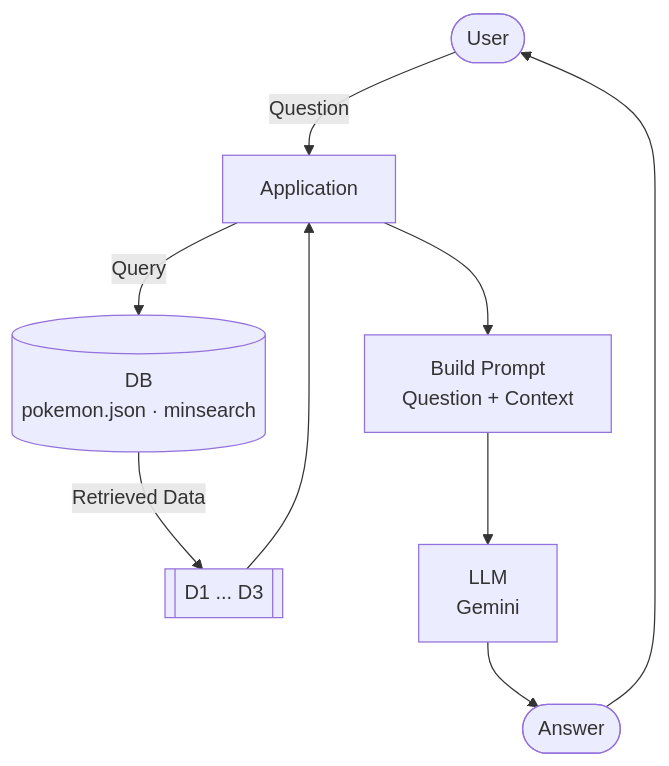
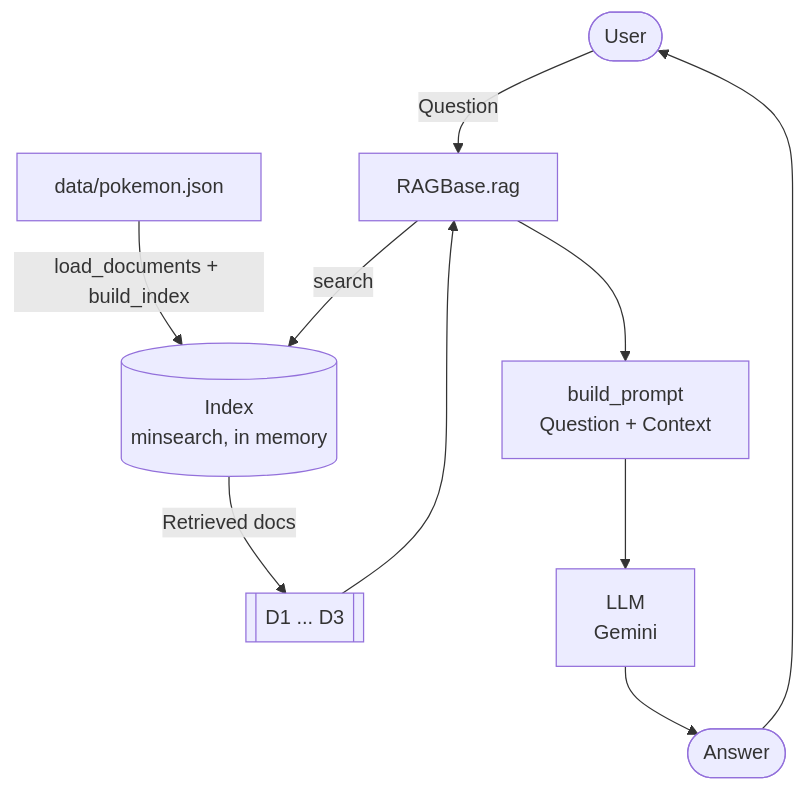
One commit to davidjprovest/agentic-rag changed the second of 2 diagrams in architecture.md. Above: the diagram before and after it, drawn with Mermaid. The commit also changed other lines of this file and 8 other files, not shown here.

Commit message:
docs: add README, CLAUDE.md, docstrings; update architecture and gitignore

````diff
--- a/architecture.md
+++ b/architecture.md
@@ -5,19 +23,21 @@
 ```mermaid
 flowchart TD
     User([User])
-    App[Application]
-    DB[(DB<br/>pokemon.json · minsearch)]
+    App[RAGBase.rag]
+    Index[(Index<br/>minsearch, in memory)]
     Docs[[D1 ... D3]]
-    Prompt[Build Prompt<br/>Question + Context]
+    Prompt[build_prompt<br/>Question + Context]
     LLM[LLM<br/>Gemini]
     Answer([Answer])
+    JSON[data/pokemon.json]
 
+    JSON -- "load_documents + build_index" --> Index
     User -- Question --> App
-    App -- Query --> DB
-    DB -- Retrieved Data --> Docs
+    App -- search --> Index
+    Index -- Retrieved docs --> Docs
     Docs --> App
     App --> Prompt
     Prompt --> LLM
     LLM --> Answer
     Answer --> User
 ```
````
